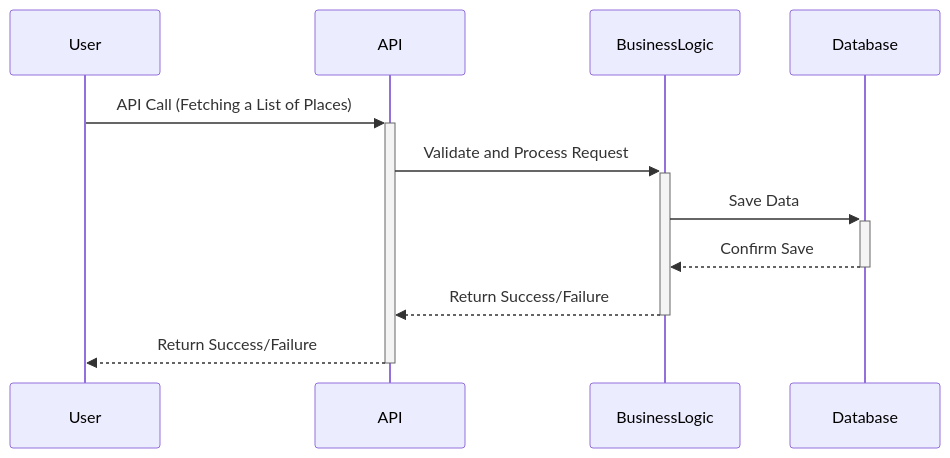
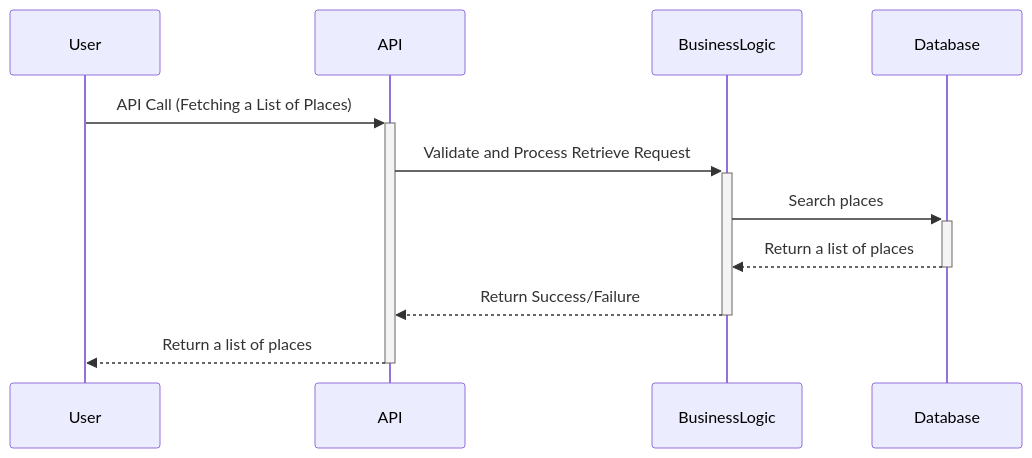
The diagram in part1/task02/uml_02_4.mermaid (Morg92b/holbertonschool-hbnb), drawn with Mermaid before and after one commit. The commit also changed 3 other files, not shown here.

```diff
--- a/part1/task02/uml_02_4.mermaid
+++ b/part1/task02/uml_02_4.mermaid
@@ -1,15 +1,15 @@
 ---
 config:
   theme: default
 ---
 sequenceDiagram
 participant User
 participant API
 participant BusinessLogic
 participant Database
 User->>+API: API Call (Fetching a List of Places)
-API->>+BusinessLogic: Validate and Process Request
-BusinessLogic->>+Database: Save Data
-Database-->>-BusinessLogic: Confirm Save
+API->>+BusinessLogic: Validate and Process Retrieve Request
+BusinessLogic->>+Database: Search places
+Database-->>-BusinessLogic: Return a list of places
 BusinessLogic-->>-API: Return Success/Failure
-API-->>-User: Return Success/Failure
+API-->>-User: Return a list of places
```
